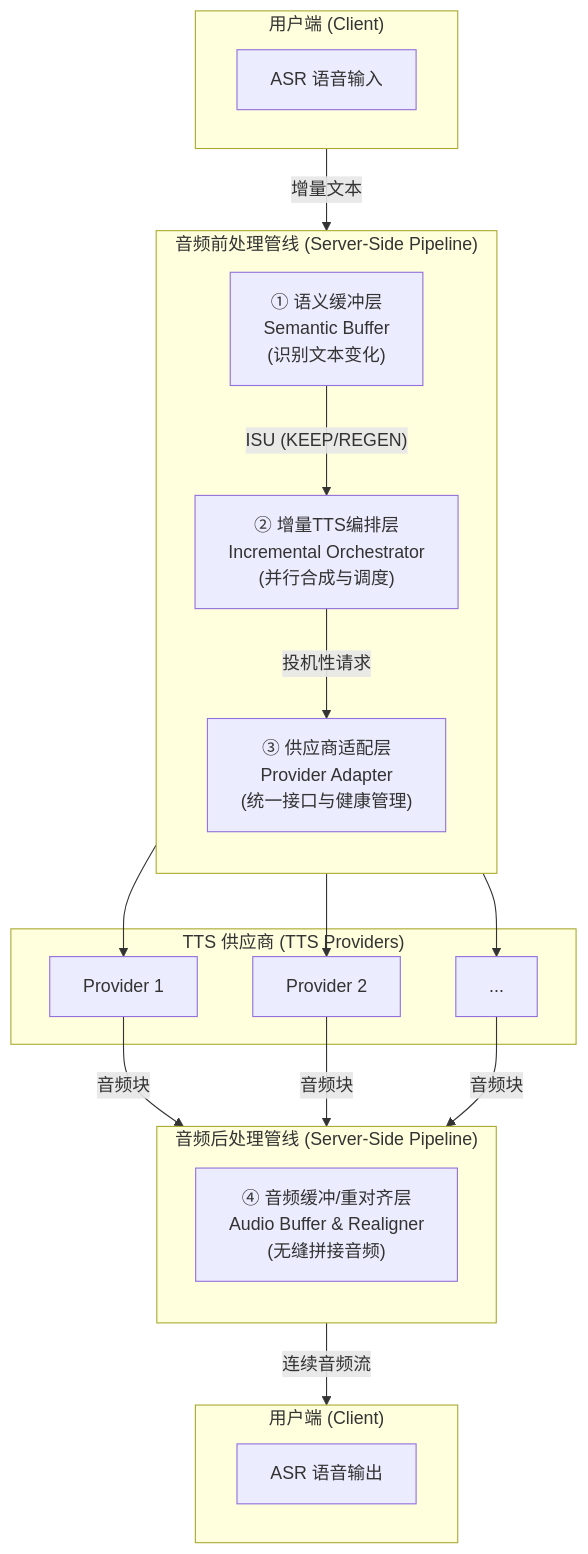
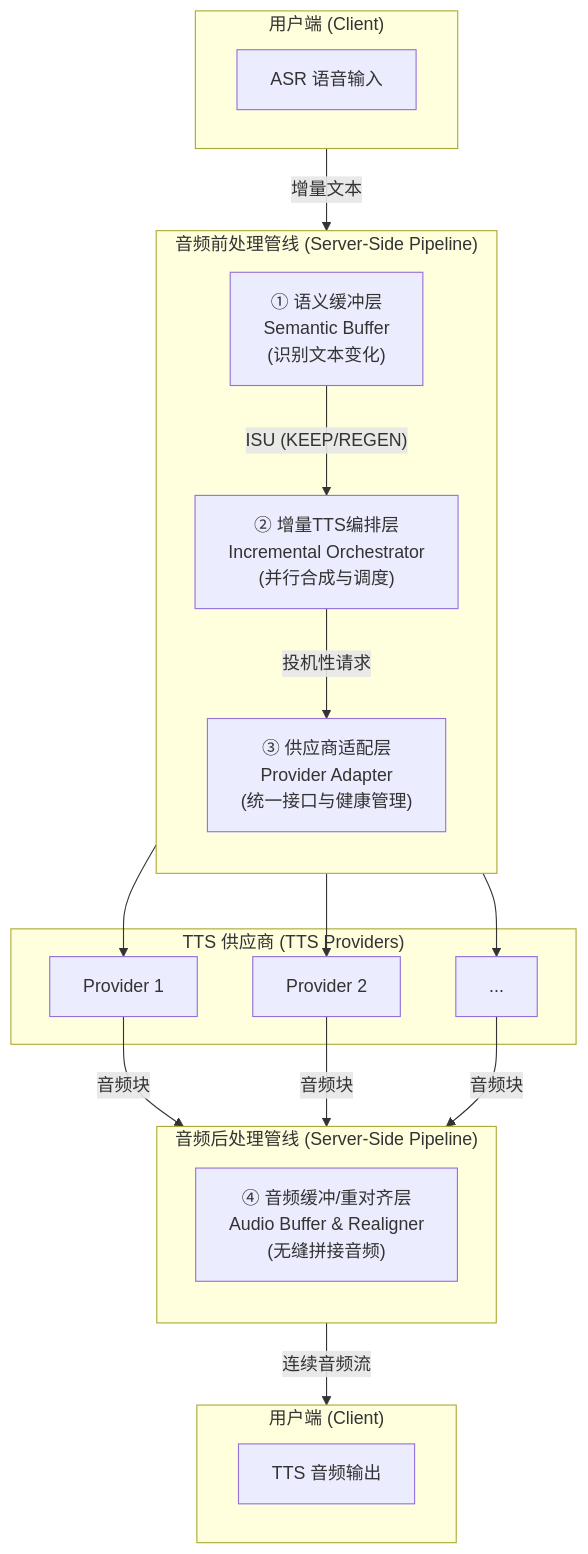
The first of 3 diagrams in distributed/高并发流式语音合成管线：分片、调度与秒级响应.md (iheCoder/code_for_article), drawn with Mermaid before and after one commit. The commit also changed other lines of this file, not shown here.

````diff
--- a/distributed/高并发流式语音合成管线：分片、调度与秒级响应.md
+++ b/distributed/高并发流式语音合成管线：分片、调度与秒级响应.md
@@ -23,41 +30,41 @@
 ```mermaid
 graph TD
     subgraph "用户端 (Client)"
         direction LR
         A[ASR 语音输入]
     end
 
     subgraph "音频前处理管线 (Server-Side Pipeline)"
         direction TB
         B["① 语义缓冲层<br/>Semantic Buffer<br/>(识别文本变化)"]
         C["② 增量TTS编排层<br/>Incremental Orchestrator<br/>(并行合成与调度)"]
         D["③ 供应商适配层<br/>Provider Adapter<br/>(统一接口与健康管理)"]
     end
 
     subgraph "TTS 供应商 (TTS Providers)"
         F[Provider 1]
         G[Provider 2]
         H[...]
     end
 
     subgraph "音频后处理管线 (Server-Side Pipeline)"
         direction TB
         E["④ 音频缓冲/重对齐层<br/>Audio Buffer & Realigner<br/>(无缝拼接音频)"]
-    end    
+    end
 
     subgraph "用户端 (Client)"
         direction LR
-        I[ASR 语音输出]
+        I[TTS 音频输出]
     end
 
-    A -- "增量文本" --> B
-    B -- "ISU (KEEP/REGEN)" --> C
-    C -- "投机性请求" --> D
+    A -- " 增量文本 " --> B
+    B -- " ISU (KEEP/REGEN) " --> C
+    C -- " 投机性请求 " --> D
     D --> F
     D --> G
     D --> H
-    F -- "音频块" --> E
-    G -- "音频块" --> E
-    H -- "音频块" --> E
-    E -- "连续音频流" --> I
+    F -- " 音频块 " --> E
+    G -- " 音频块 " --> E
+    H -- " 音频块 " --> E
+    E -- " 连续音频流 " --> I
 ```
````
